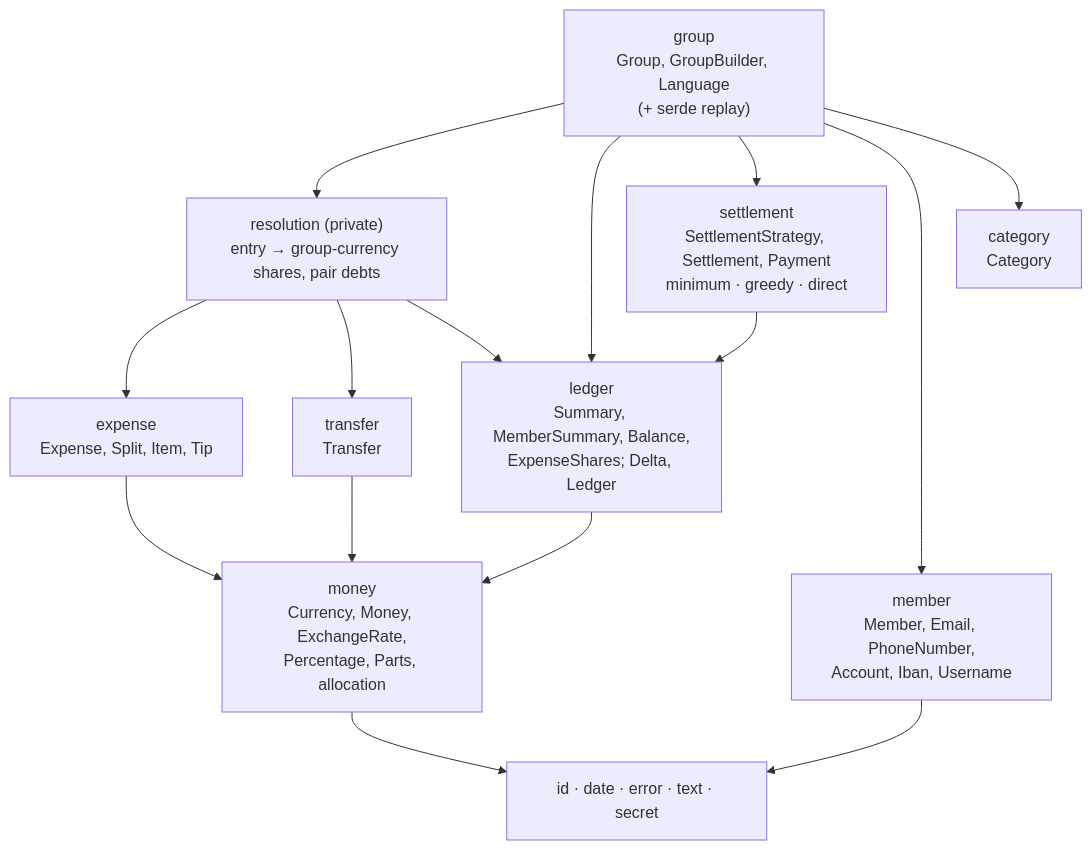
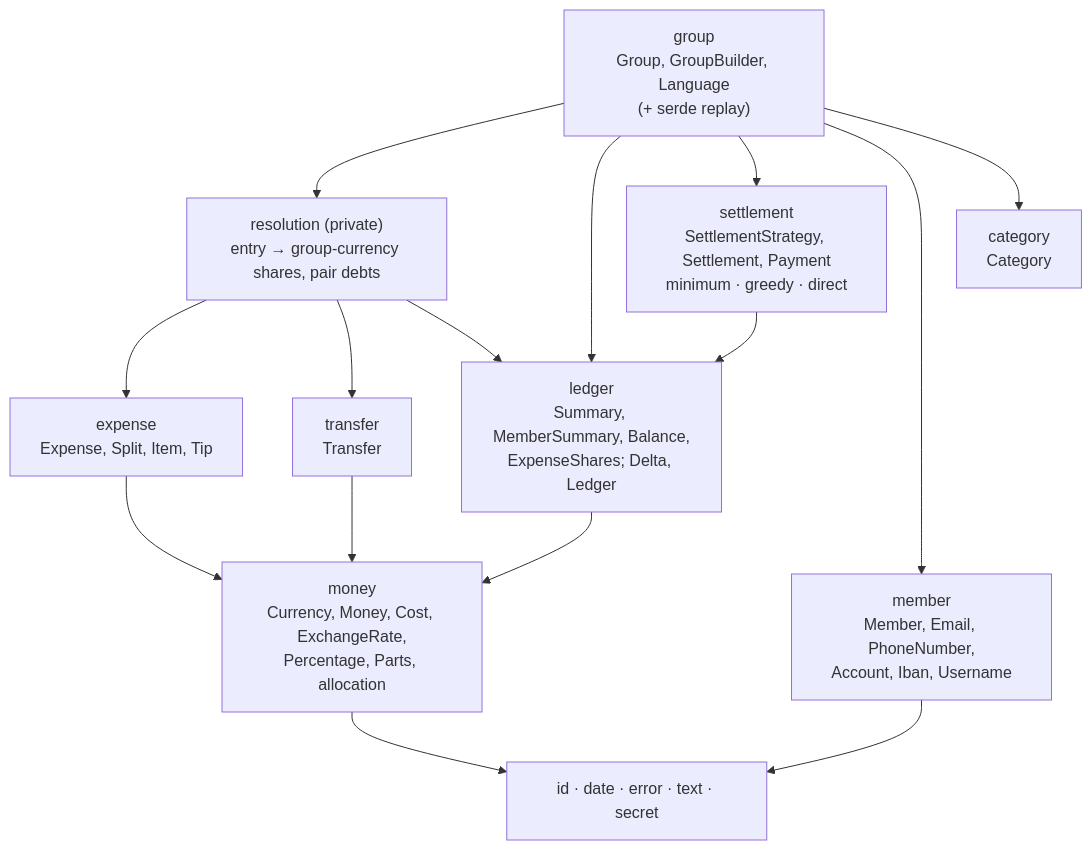
Before and after one commit to cristiancristea00/eranos: the first of 2 diagrams in docs/ARCHITECTURE.md, drawn with Mermaid. The commit also changed other lines of this file and 21 other files, not shown here.

````diff
--- a/docs/ARCHITECTURE.md
+++ b/docs/ARCHITECTURE.md
@@ -42,27 +42,27 @@
 ```mermaid
 flowchart TD
     GROUP["group<br/>Group, GroupBuilder, Language<br/>(+ serde replay)"]
     RESOLUTION["resolution (private)<br/>entry → group-currency shares, pair debts"]
     LEDGER["ledger<br/>Summary, MemberSummary, Balance,<br/>ExpenseShares; Delta, Ledger"]
     SETTLEMENT["settlement<br/>SettlementStrategy, Settlement, Payment<br/>minimum · greedy · direct"]
     EXPENSE["expense<br/>Expense, Split, Item, Tip"]
     TRANSFER["transfer<br/>Transfer"]
     MEMBER["member<br/>Member, Email, PhoneNumber,<br/>Account, Iban, Username"]
     CATEGORY["category<br/>Category"]
-    MONEY["money<br/>Currency, Money, ExchangeRate,<br/>Percentage, Parts, allocation"]
+    MONEY["money<br/>Currency, Money, Cost, ExchangeRate,<br/>Percentage, Parts, allocation"]
     BASE["id · date · error · text · secret"]
     GROUP --> RESOLUTION
     GROUP --> LEDGER
     GROUP --> SETTLEMENT
     GROUP --> MEMBER
     GROUP --> CATEGORY
     RESOLUTION --> EXPENSE
     RESOLUTION --> TRANSFER
     RESOLUTION --> LEDGER
     SETTLEMENT --> LEDGER
     EXPENSE --> MONEY
     TRANSFER --> MONEY
     LEDGER --> MONEY
     MONEY --> BASE
     MEMBER --> BASE
 ```
````
